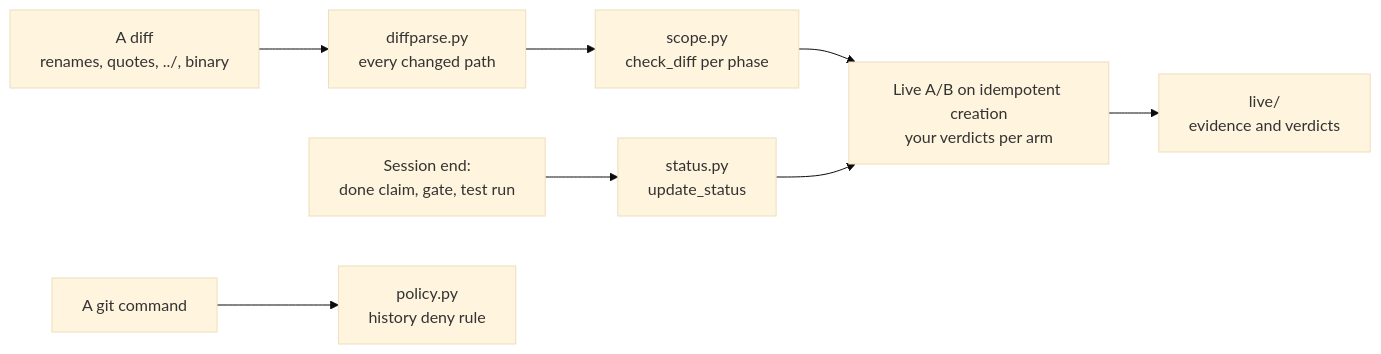
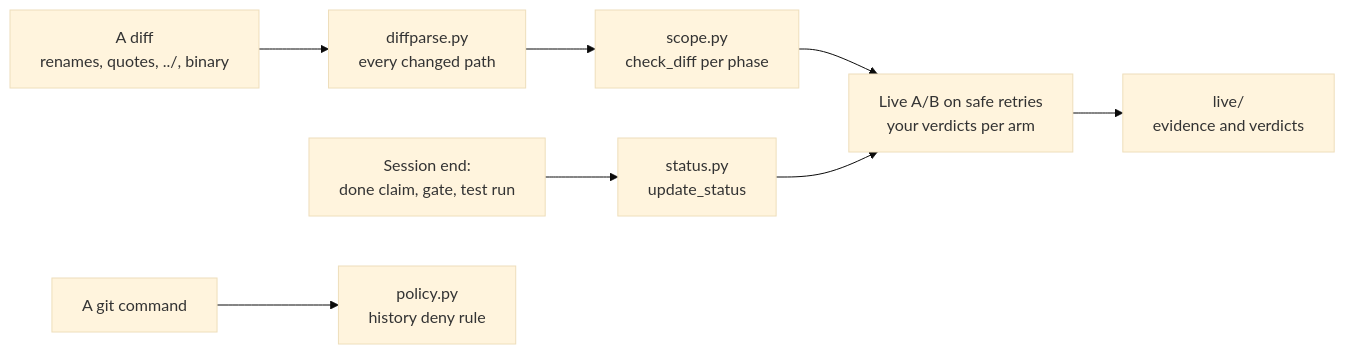
Before and after one commit to ANI-IN/shipharness-dev: the diagram in section-3-scope-sandbox/assignment/README.md, drawn with Mermaid (base theme). The commit also changed other lines of this file and 31 other files, not shown here.

Commit message:
Sections 3 and 4: final names on concepts, walkthroughs, assignments, readings, diagram pages; linked sources with numbered Sources lists; evidence-report heading 'House rule 8 on TeamTrack'

````diff
--- a/section-3-scope-sandbox/assignment/README.md
+++ b/section-3-scope-sandbox/assignment/README.md
@@ -35,10 +35,10 @@
 ```mermaid
 flowchart LR
   D["A diff<br/>renames, quotes, ../, binary"] --> P["diffparse.py<br/>every changed path"]
   P --> S["scope.py<br/>check_diff per phase"]
   E["Session end:<br/>done claim, gate, test run"] --> U["status.py<br/>update_status"]
   C["A git command"] --> R["policy.py<br/>history deny rule"]
-  S --> L["Live A/B on idempotent creation<br/>your verdicts per arm"]
+  S --> L["Live A/B on safe retries<br/>your verdicts per arm"]
   U --> L
   L --> V["live/<br/>evidence and verdicts"]
 ```
````
